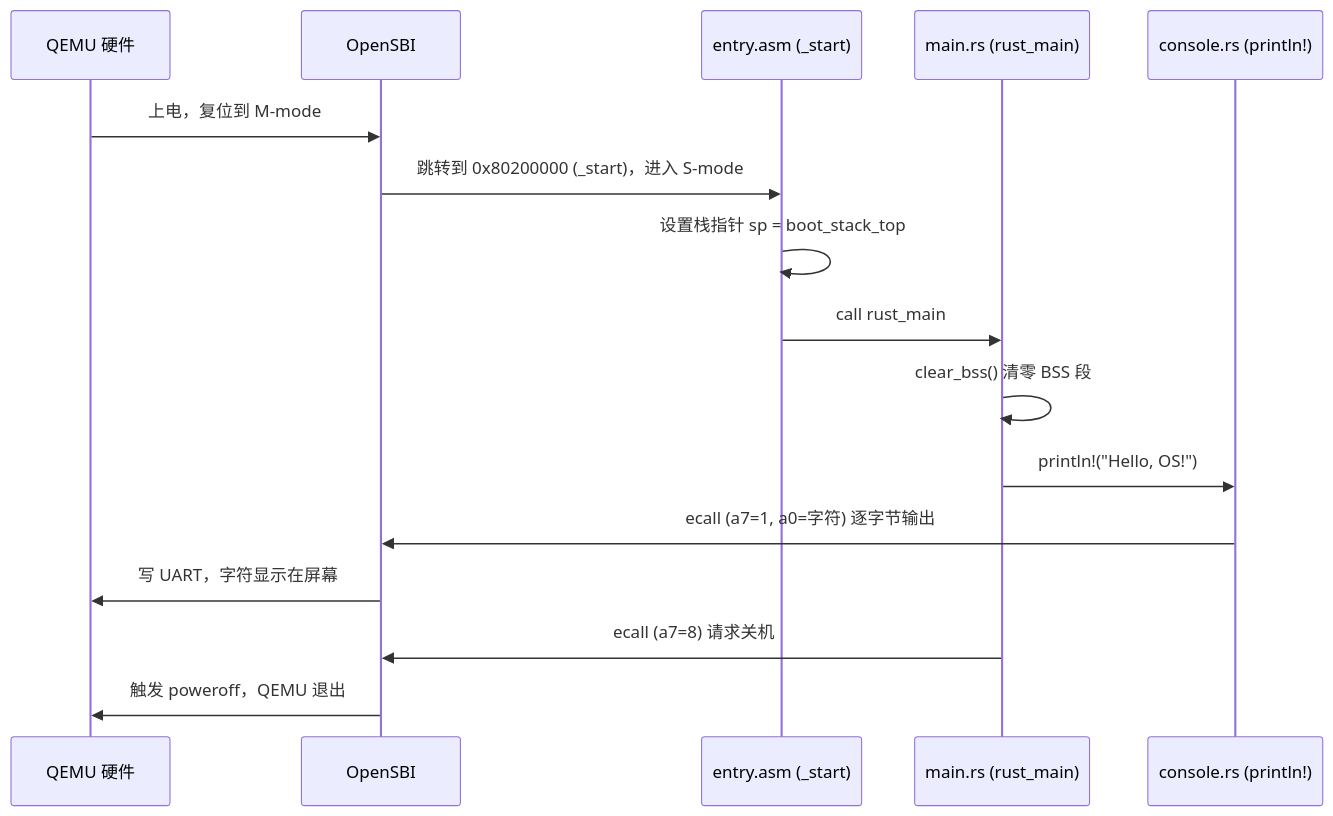
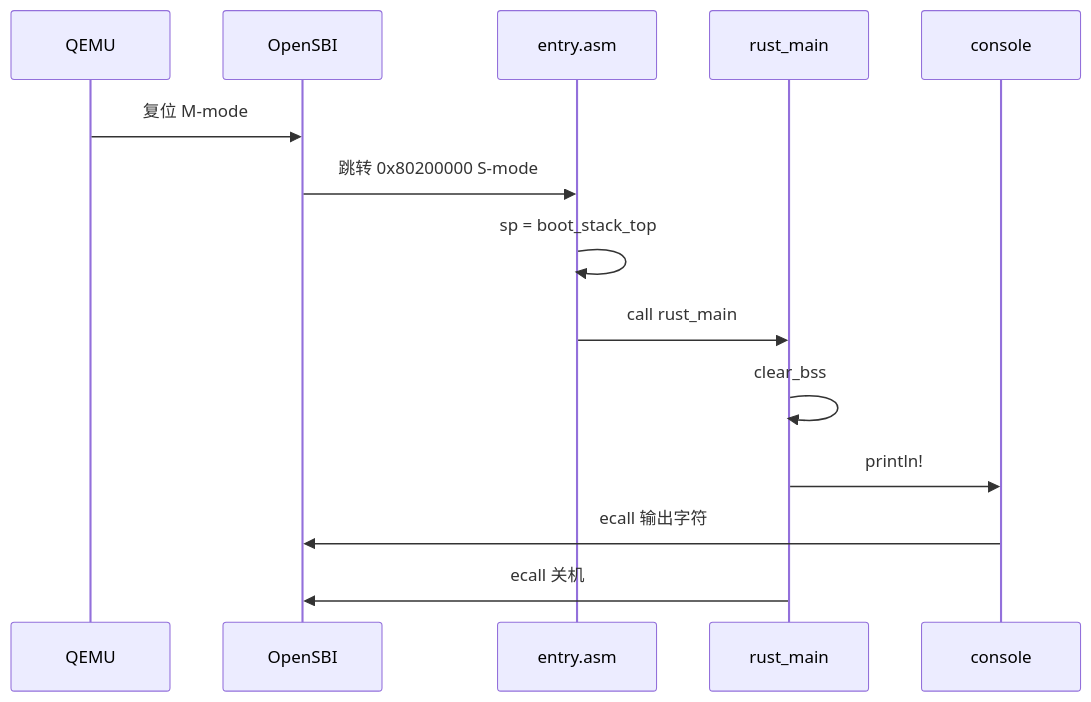
One commit to AM-SuSh/EVOLVE changed the second of 2 diagrams in os-lab/labs/lab1-bare-metal.md. Above: the diagram before and after it, drawn with Mermaid. The commit also changed other lines of this file and 9 other files, not shown here.

````diff
--- a/os-lab/labs/lab1-bare-metal.md
+++ b/os-lab/labs/lab1-bare-metal.md
@@ -146,19 +98,17 @@
 ```mermaid
 sequenceDiagram
-    participant HW as QEMU 硬件
+    participant HW as QEMU
     participant SBI as OpenSBI
-    participant ASM as entry.asm (_start)
-    participant Rust as main.rs (rust_main)
-    participant Con as console.rs (println!)
+    participant ASM as entry.asm
+    participant Rust as rust_main
+    participant Con as console
 
-    HW->>SBI: 上电，复位到 M-mode
-    SBI->>ASM: 跳转到 0x80200000 (_start)，进入 S-mode
-    ASM->>ASM: 设置栈指针 sp = boot_stack_top
+    HW->>SBI: 复位 M-mode
+    SBI->>ASM: 跳转 0x80200000 S-mode
+    ASM->>ASM: sp = boot_stack_top
     ASM->>Rust: call rust_main
-    Rust->>Rust: clear_bss() 清零 BSS 段
-    Rust->>Con: println!("Hello, OS!")
-    Con->>SBI: ecall (a7=1, a0=字符) 逐字节输出
-    SBI->>HW: 写 UART，字符显示在屏幕
-    Rust->>SBI: ecall (a7=8) 请求关机
-    SBI->>HW: 触发 poweroff，QEMU 退出
+    Rust->>Rust: clear_bss
+    Rust->>Con: println!
+    Con->>SBI: ecall 输出字符
+    Rust->>SBI: ecall 关机
 ```
````
